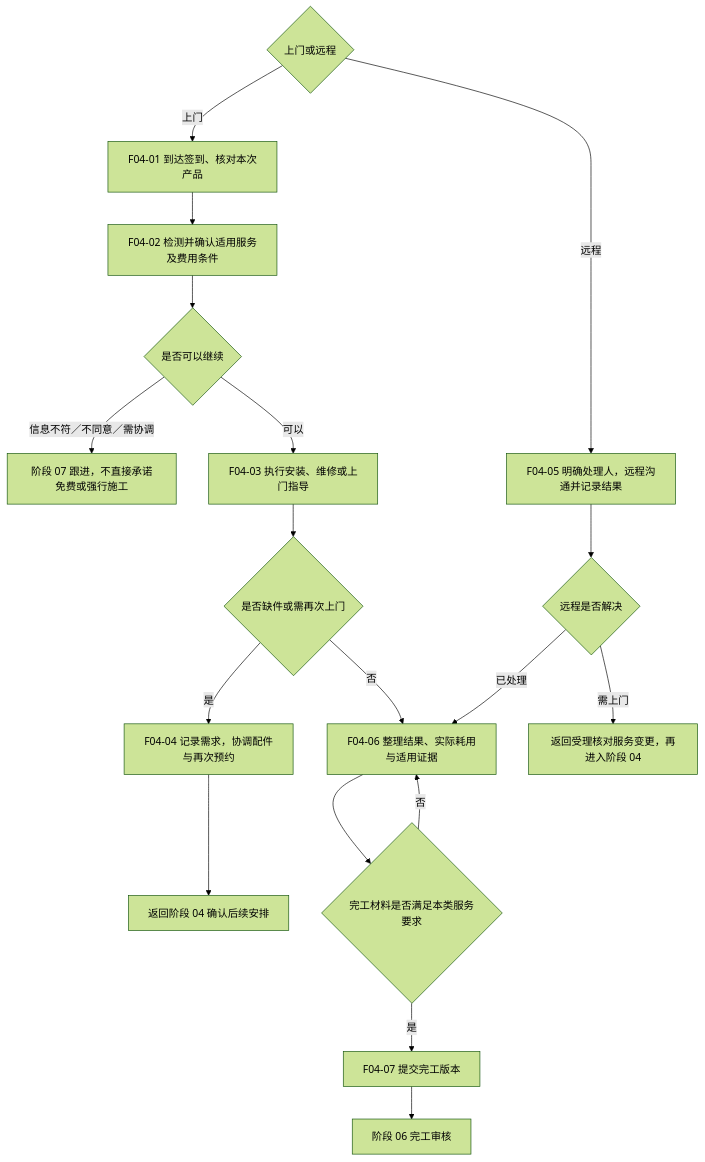
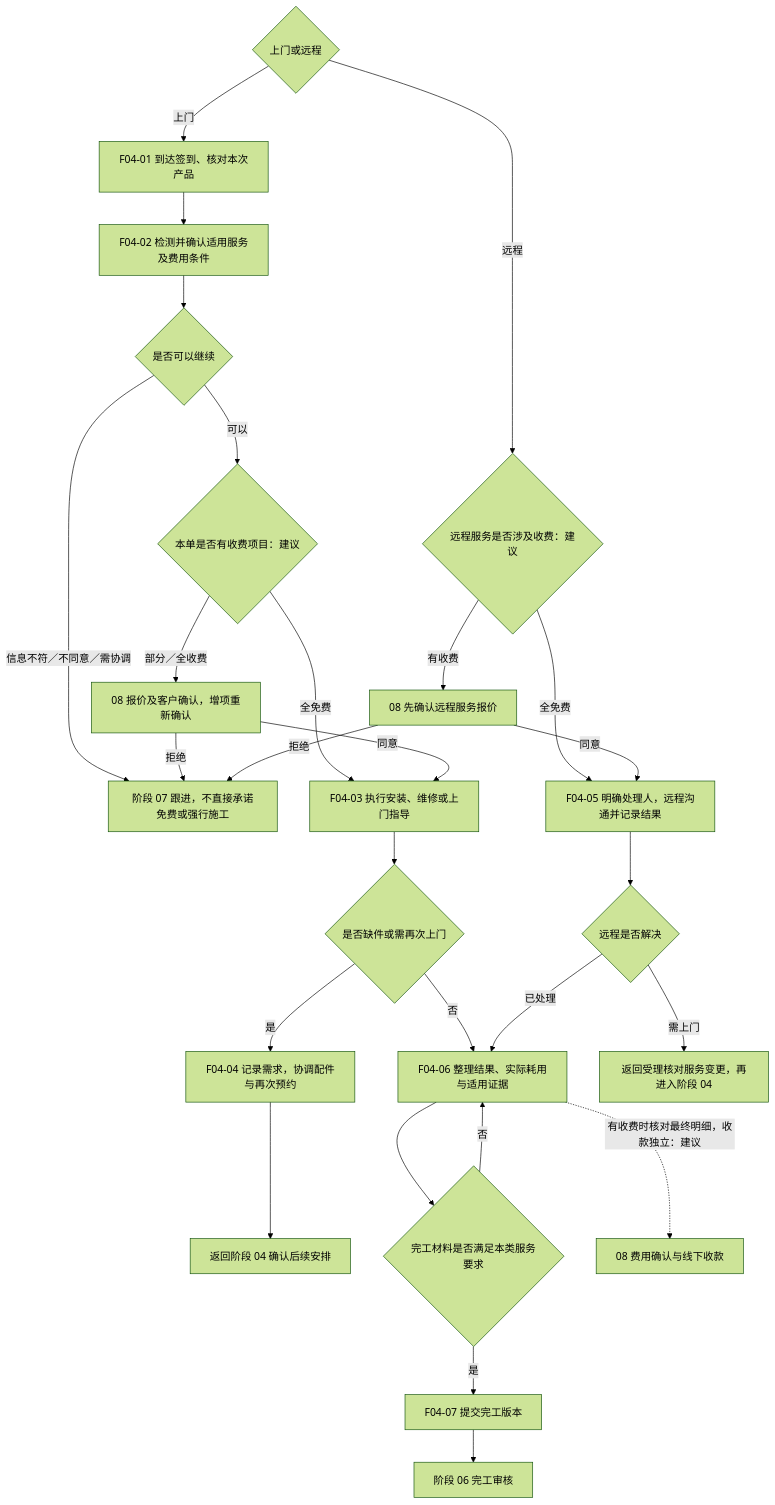
The diagram in 05-业务流程/05-服务履约与完工提交.md (zhiyuan23/toto-after-sales-docs), drawn with Mermaid (forest theme) before and after one commit. The commit also changed other lines of this file and 41 other files, not shown here.

````diff
--- a/05-业务流程/05-服务履约与完工提交.md
+++ b/05-业务流程/05-服务履约与完工提交.md
@@ -16,20 +18,29 @@
 ```mermaid
 flowchart TD
     START{上门或远程} -->|上门| F04_01[F04-01 到达签到、核对本次产品]
     F04_01 --> F04_02[F04-02 检测并确认适用服务及费用条件]
     F04_02 --> A{是否可以继续}
     A -->|信息不符／不同意／需协调| X[阶段 07 跟进，不直接承诺免费或强行施工]
-    A -->|可以| F04_03[F04-03 执行安装、维修或上门指导]
+    A -->|可以| FEE{本单是否有收费项目：建议}
+    FEE -->|全免费| F04_03[F04-03 执行安装、维修或上门指导]
+    FEE -->|部分／全收费| QUOTE[08 报价及客户确认，增项重新确认]
+    QUOTE -->|同意| F04_03
+    QUOTE -->|拒绝| X
     F04_03 --> B{是否缺件或需再次上门}
     B -->|是| F04_04[F04-04 记录需求，协调配件与再次预约]
     F04_04 --> RETURN[返回阶段 04 确认后续安排]
     B -->|否| F04_06[F04-06 整理结果、实际耗用与适用证据]
-    START -->|远程| F04_05[F04-05 明确处理人，远程沟通并记录结果]
+    START -->|远程| REMOTE_FEE{远程服务是否涉及收费：建议}
+    REMOTE_FEE -->|全免费| F04_05[F04-05 明确处理人，远程沟通并记录结果]
+    REMOTE_FEE -->|有收费| REMOTE_QUOTE[08 先确认远程服务报价]
+    REMOTE_QUOTE -->|同意| F04_05
+    REMOTE_QUOTE -->|拒绝| X
     F04_05 --> C{远程是否解决}
     C -->|需上门| PLAN[返回受理核对服务变更，再进入阶段 04]
     C -->|已处理| F04_06
     F04_06 --> D{完工材料是否满足本类服务要求}
     D -->|否| F04_06
     D -->|是| F04_07[F04-07 提交完工版本]
     F04_07 --> NEXT[阶段 06 完工审核]
+    F04_06 -. 有收费时核对最终明细，收款独立：建议 .-> MONEY[08 费用确认与线下收款]
 ```
````
